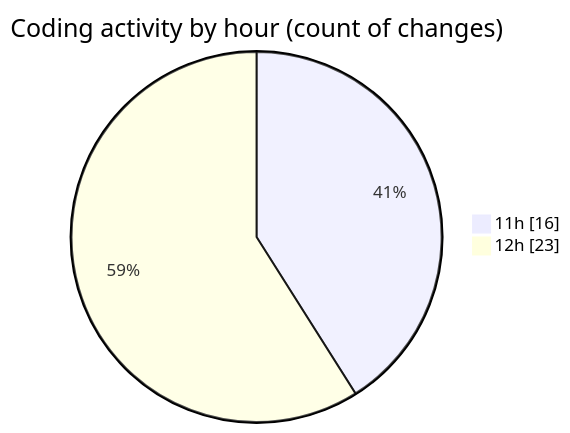
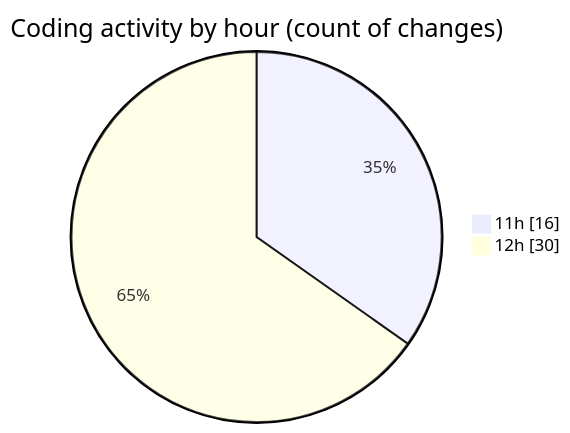
The second of 2 diagrams in 2025-04-26/product-page/README.md (Elitesun/code-tracking), drawn with Mermaid before and after one commit. The commit also changed other lines of this file and 1 other file, not shown here.

````diff
--- a/2025-04-26/product-page/README.md
+++ b/2025-04-26/product-page/README.md
@@ -42,6 +44,6 @@
 ```mermaid
 pie showData
 title Coding activity by hour (count of changes)
 "11h" : 16
-"12h" : 23
+"12h" : 30
 ```
````
